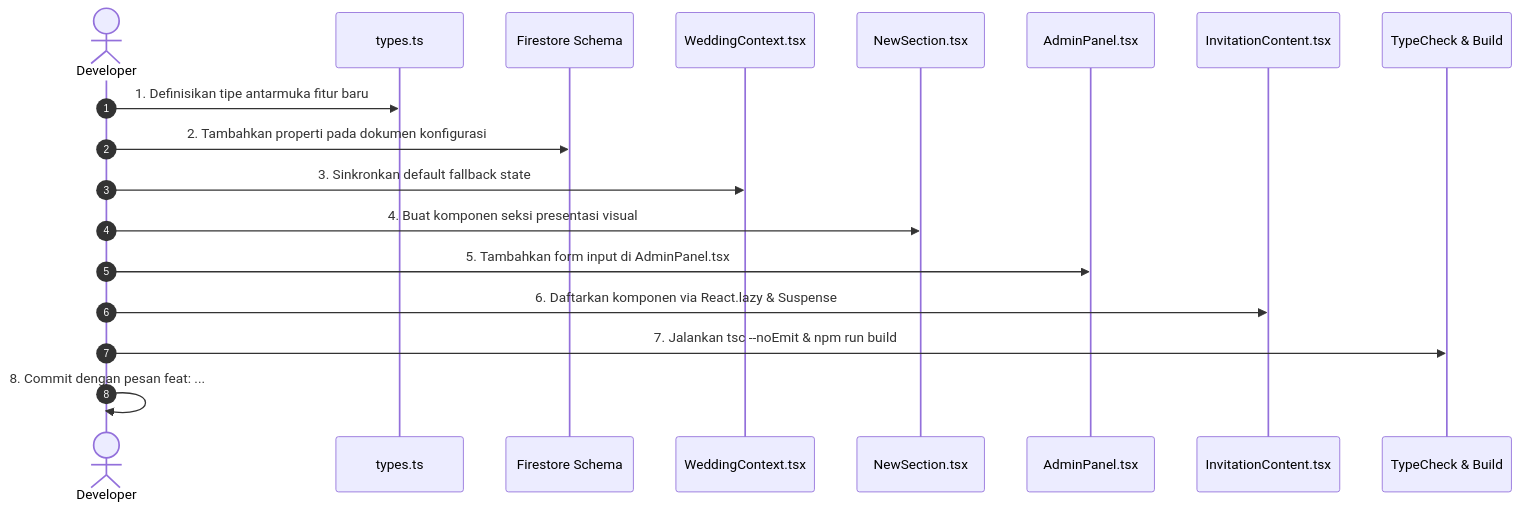
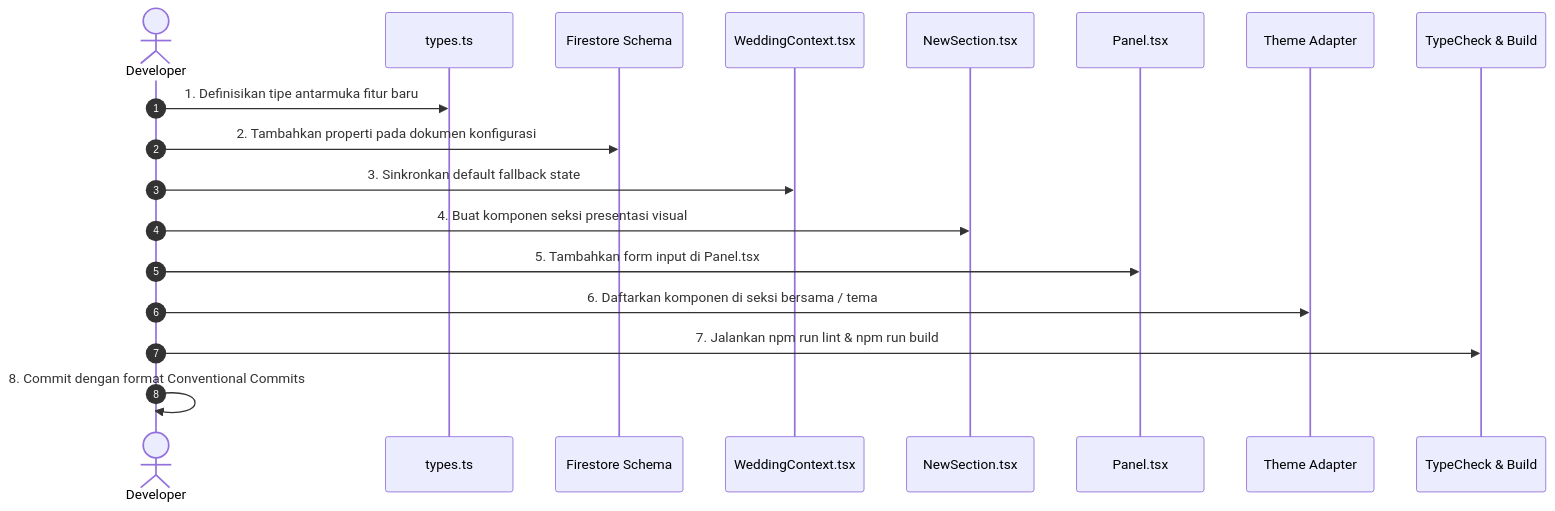
The second of 2 diagrams in docs/03-developer-guide.md (hndko/app_weddingbetawi_react), drawn with Mermaid before and after one commit. The commit also changed other lines of this file and 3 other files, not shown here.

````diff
--- a/docs/03-developer-guide.md
+++ b/docs/03-developer-guide.md
@@ -200,21 +247,21 @@
 ```mermaid
 sequenceDiagram
     autonumber
     actor Dev as Developer
     participant Type as types.ts
     participant DB as Firestore Schema
     participant Ctx as WeddingContext.tsx
     participant UI as NewSection.tsx
-    participant Admin as AdminPanel.tsx
-    participant Inv as InvitationContent.tsx
+    participant Admin as Panel.tsx
+    participant Inv as Theme Adapter
     participant Test as TypeCheck & Build
 
     Dev->>Type: 1. Definisikan tipe antarmuka fitur baru
     Dev->>DB: 2. Tambahkan properti pada dokumen konfigurasi
     Dev->>Ctx: 3. Sinkronkan default fallback state
     Dev->>UI: 4. Buat komponen seksi presentasi visual
-    Dev->>Admin: 5. Tambahkan form input di AdminPanel.tsx
-    Dev->>Inv: 6. Daftarkan komponen via React.lazy & Suspense
-    Dev->>Test: 7. Jalankan tsc --noEmit & npm run build
-    Dev->>Dev: 8. Commit dengan pesan feat: ...
+    Dev->>Admin: 5. Tambahkan form input di Panel.tsx
+    Dev->>Inv: 6. Daftarkan komponen di seksi bersama / tema
+    Dev->>Test: 7. Jalankan npm run lint & npm run build
+    Dev->>Dev: 8. Commit dengan format Conventional Commits
 ```
````
